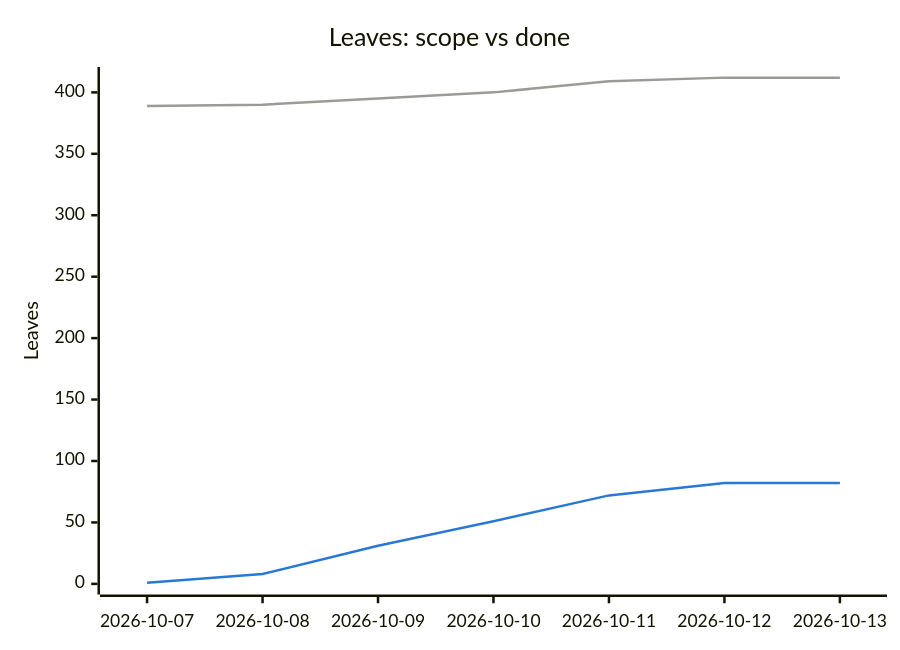
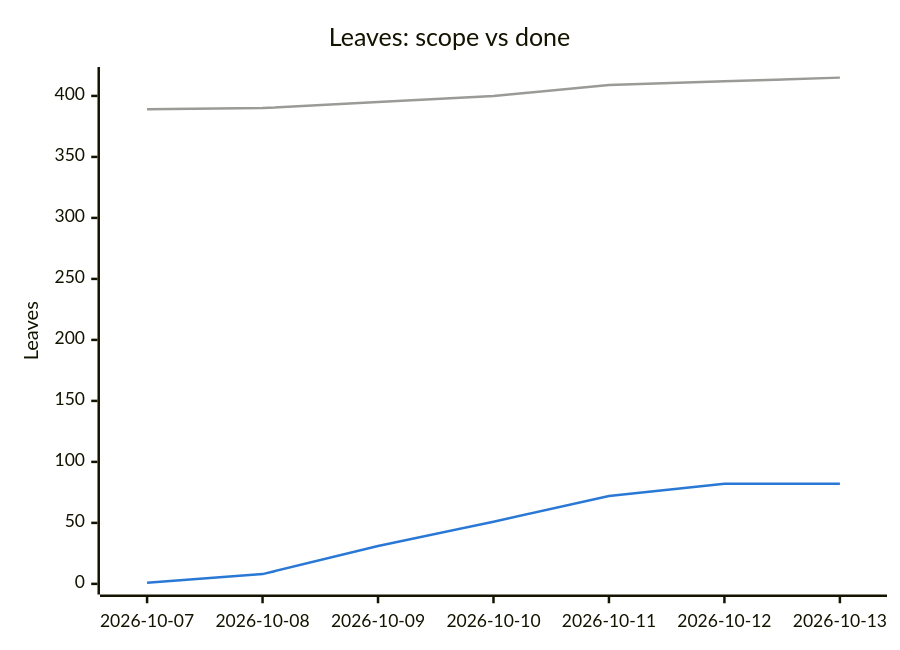
Before and after one commit to tomiok/persiaDB: the second of 2 diagrams in PROGRESS.md, drawn with Mermaid. The commit also changed other lines of this file and 7 other files, not shown here.

````diff
--- a/PROGRESS.md
+++ b/PROGRESS.md
@@ -109,14 +109,14 @@
 ```mermaid
 ---
 config:
   themeVariables:
     xyChart:
       plotColorPalette: "#9a9a96, #2a78d6"
 ---
 xychart-beta
   title "Leaves: scope vs done"
   x-axis ["2026-10-07", "2026-10-08", "2026-10-09", "2026-10-10", "2026-10-11", "2026-10-12", "2026-10-13"]
-  y-axis "Leaves" 0 --> 412
-  line [389, 390, 395, 400, 409, 412, 412]
+  y-axis "Leaves" 0 --> 415
+  line [389, 390, 395, 400, 409, 412, 415]
   line [1, 8, 31, 51, 72, 82, 82]
 ```
````
